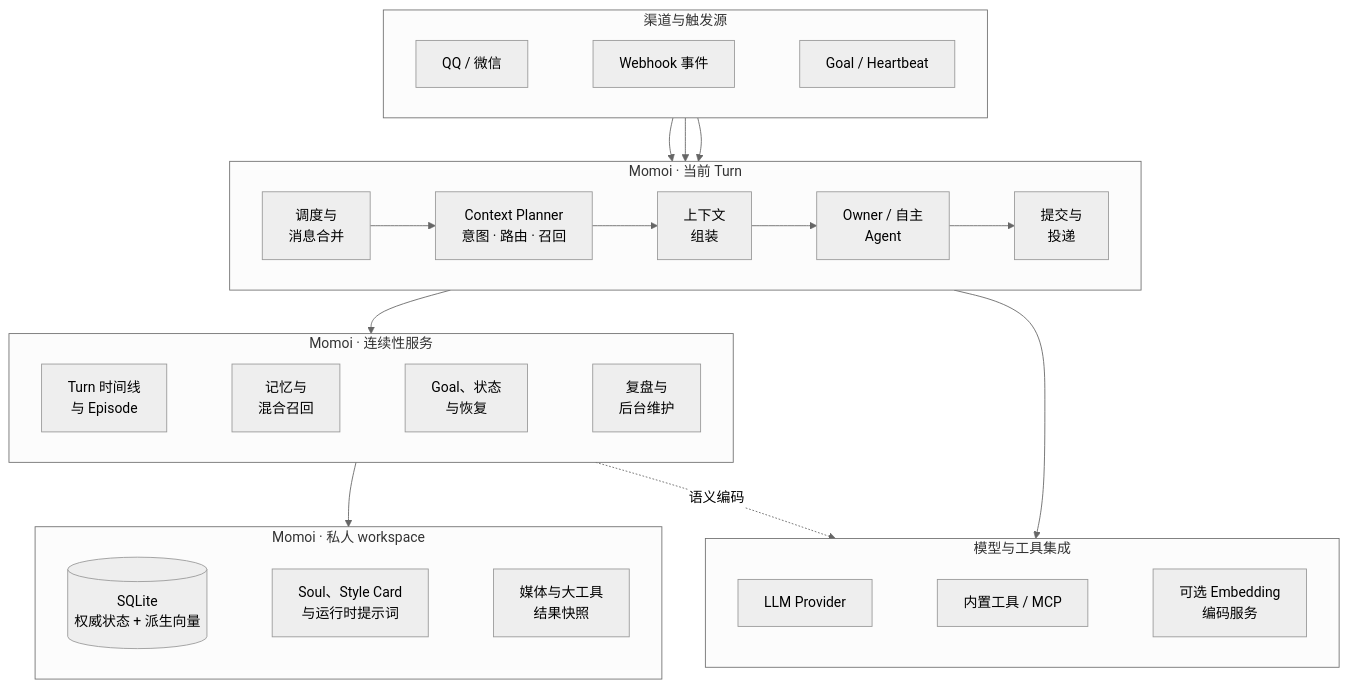
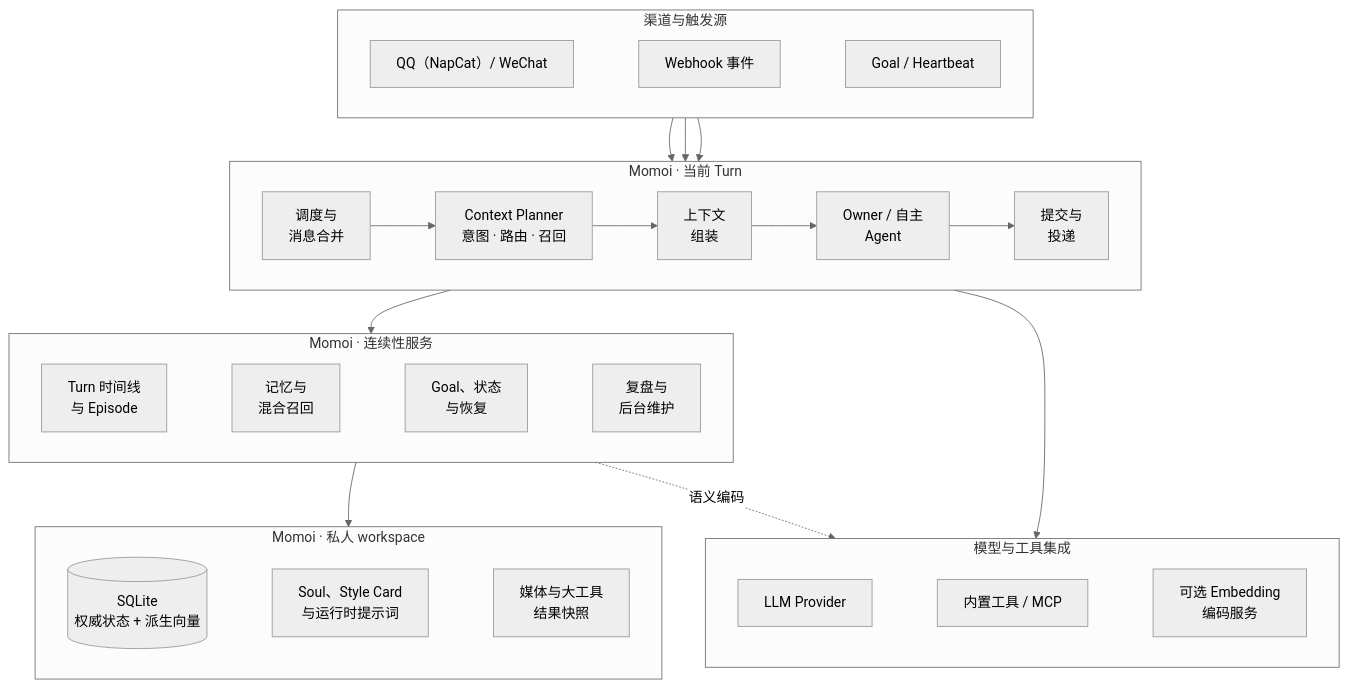
Before and after one commit to RicterZ/Momoi: the first of 2 diagrams in README.zh-CN.md, drawn with Mermaid (neutral theme). The commit also changed other lines of this file and 1 other file, not shown here.

````diff
--- a/README.zh-CN.md
+++ b/README.zh-CN.md
@@ -37,53 +37,53 @@
 ```mermaid
 flowchart TB
   subgraph triggers["渠道与触发源"]
     direction LR
-    chat["QQ / 微信"]
+    chat["QQ（NapCat）/ WeChat"]
     webhook["Webhook 事件"]
     clock["Goal / Heartbeat"]
     chat ~~~ webhook ~~~ clock
   end
 
   subgraph active["Momoi · 当前 Turn"]
     direction LR
     intake["调度与<br/>消息合并"]
     planner["Context Planner<br/>意图 · 路由 · 召回"]
     context["上下文<br/>组装"]
     agent["Owner / 自主<br/>Agent"]
     delivery["提交与<br/>投递"]
     intake --> planner --> context --> agent --> delivery
   end
 
   subgraph continuity["Momoi · 连续性服务"]
     direction LR
     timeline["Turn 时间线<br/>与 Episode"]
     memory["记忆与<br/>混合召回"]
     time["Goal、状态<br/>与恢复"]
     upkeep["复盘与<br/>后台维护"]
     timeline ~~~ memory ~~~ time ~~~ upkeep
   end
 
   subgraph workspace["Momoi · 私人 workspace"]
     direction LR
     sqlite[("SQLite<br/>权威状态 + 派生向量")]
     prompts["Soul、Style Card<br/>与运行时提示词"]
     files["媒体与大工具<br/>结果快照"]
     sqlite ~~~ prompts ~~~ files
   end
 
   subgraph external["模型与工具集成"]
     direction LR
     llm["LLM Provider"]
     tools["内置工具 / MCP"]
     embedding["可选 Embedding<br/>编码服务"]
     llm ~~~ tools ~~~ embedding
   end
 
   chat --> intake
   webhook --> intake
   clock --> intake
   active --> continuity
   continuity --> workspace
   active --> external
   continuity -. "语义编码" .-> external
 ```
````
